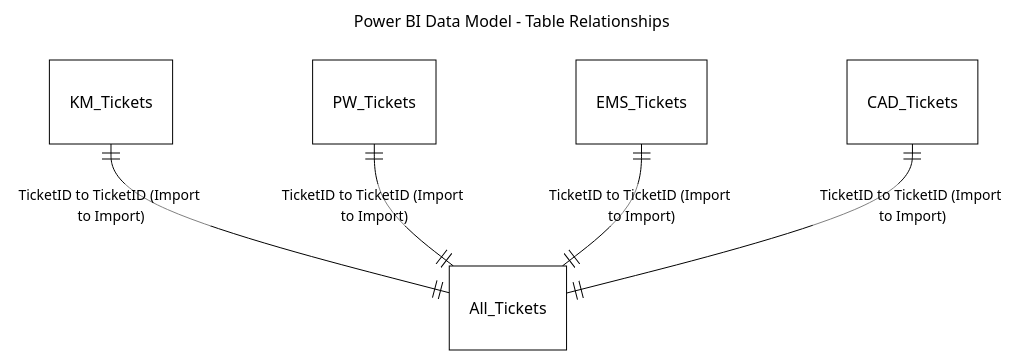
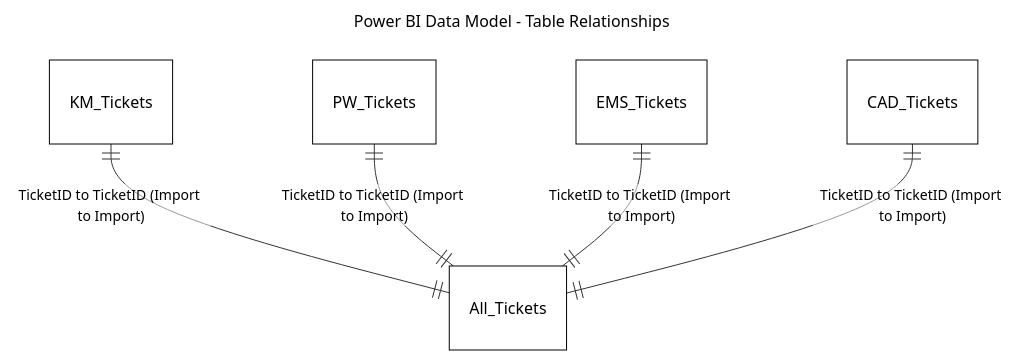
The diagram in ExampleOutput/Model_Diagram.md (MVR-GIS/PBIX-Documentation-Generator), drawn with Mermaid before and after one commit. The commit also changed 3 other files, not shown here.

Commit message:
Added support for white mermaid diagram background and updated example output

````diff
--- a/ExampleOutput/Model_Diagram.md
+++ b/ExampleOutput/Model_Diagram.md
@@ -3,11 +3,12 @@
 ```mermaid
 ---
 title: Power BI Data Model - Table Relationships
 ---
-%%{init: {'theme':'base', 'themeVariables': { 'primaryColor':'#fff','primaryTextColor':'#000','primaryBorderColor':'#000','lineColor':'#000','secondaryColor':'#f4f4f4','tertiaryColor':'#fff','background':'#ffffff','mainBkg':'#ffffff','textColor':'#000000','labelTextColor':'#000000'}}}%%
+%%{init: {'theme':'base', 'themeVariables': { 'primaryColor':'#fff','primaryTextColor':'#000','primaryBorderColor':'#000','lineColor':'#000','secondaryColor':'#f4f4f4','tertiaryColor':'#fff','background':'#ffffff','mainBkg':'#ffffff','secondaryBkg':'#ffffff','tertiaryBkg':'#ffffff','textColor':'#000000','labelTextColor':'#000000','lineColor':'#333333','borderColor':'#333333'}}}%%
 erDiagram
+    %%{init: {'theme':'base'}}%%
     KM_Tickets ||--|| All_Tickets : "TicketID to TicketID (Import to Import)"
     PW_Tickets ||--|| All_Tickets : "TicketID to TicketID (Import to Import)"
     EMS_Tickets ||--|| All_Tickets : "TicketID to TicketID (Import to Import)"
     CAD_Tickets ||--|| All_Tickets : "TicketID to TicketID (Import to Import)"
 ```
````
